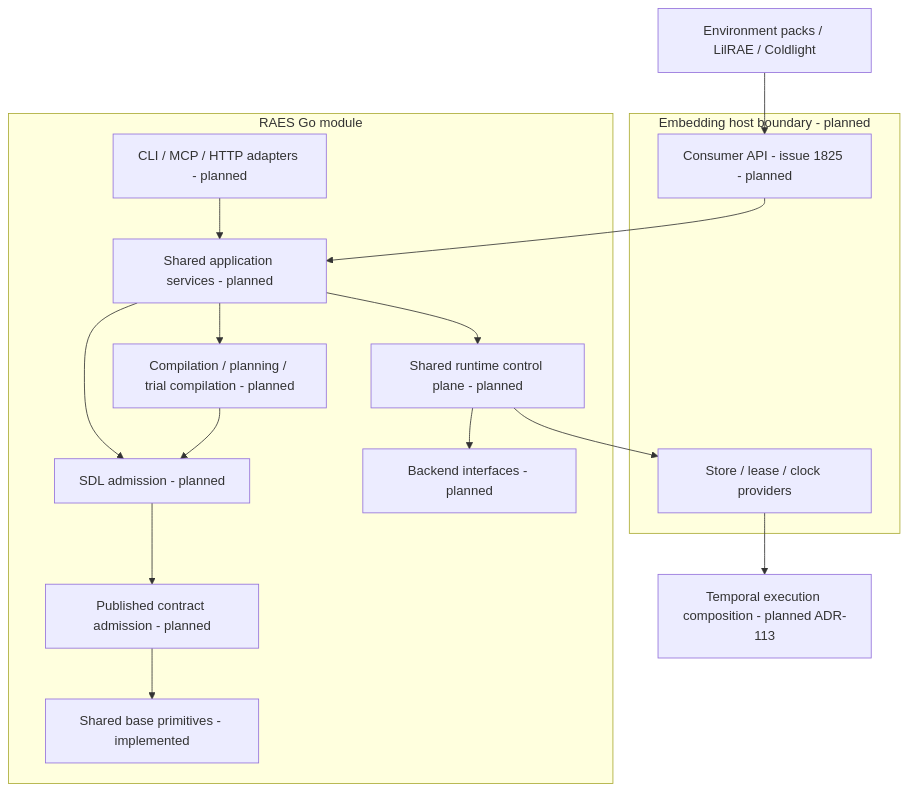
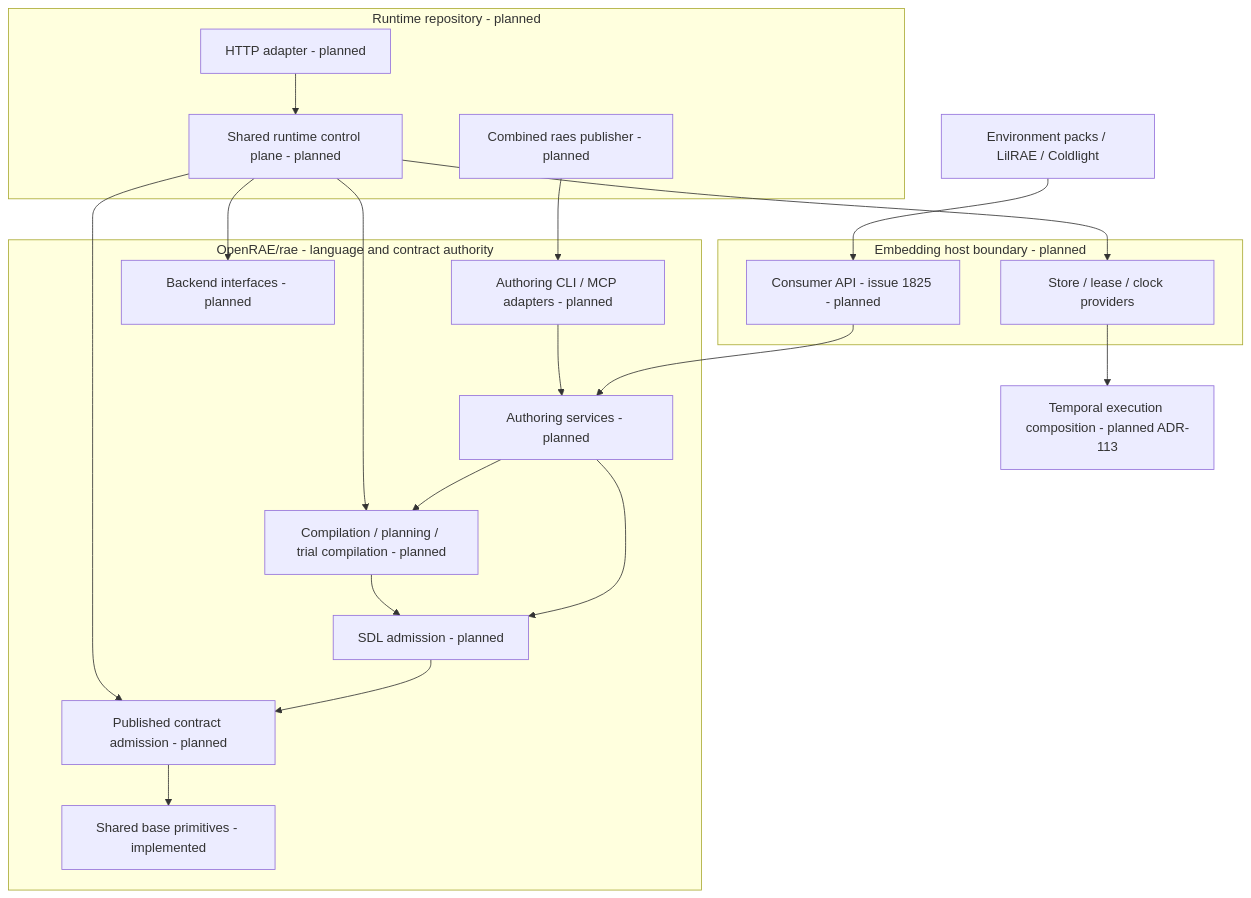
The first of 3 diagrams in docs/develop/go-architecture.md (OpenRAE/rae), drawn with Mermaid before and after one commit. The commit also changed other lines of this file and 12 other files, not shown here.

Commit message:
docs: record runtime repository boundary and extraction inventory

````diff
--- a/docs/develop/go-architecture.md
+++ b/docs/develop/go-architecture.md
@@ -19,30 +27,37 @@
 ```mermaid
 flowchart TB
     Consumers[Environment packs / LilRAE / Coldlight]
     subgraph Host[Embedding host boundary - planned]
         Providers[Store / lease / clock providers]
         API[Consumer API - issue 1825 - planned]
     end
-    subgraph RAES[RAES Go module]
-        Transport[CLI / MCP / HTTP adapters - planned]
-        App[Shared application services - planned]
+    subgraph RAES[OpenRAE/rae - language and contract authority]
+        Transport[Authoring CLI / MCP adapters - planned]
+        App[Authoring services - planned]
         SDL[SDL admission - planned]
         Contracts[Published contract admission - planned]
         Processor[Compilation / planning / trial compilation - planned]
-        Runtime[Shared runtime control plane - planned]
         Backend[Backend interfaces - planned]
         Base[Shared base primitives - implemented]
+    end
+    subgraph RuntimeRepo[Runtime repository - planned]
+        Runtime[Shared runtime control plane - planned]
+        HTTP[HTTP adapter - planned]
+        CLI[Combined raes publisher - planned]
     end
     Consumers --> API
     API --> App
     Transport --> App
     App --> SDL
     App --> Processor
-    App --> Runtime
+    CLI --> Transport
+    HTTP --> Runtime
     SDL --> Contracts
     Processor --> SDL
+    Runtime --> Processor
+    Runtime --> Contracts
     Runtime --> Backend
     Runtime --> Providers
     Contracts --> Base
     Providers --> Temporal[Temporal execution composition - planned ADR-113]
 ```
````
